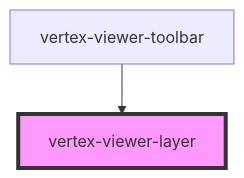
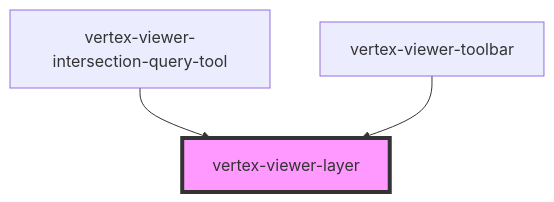
Before and after one commit to Vertexvis/vertex-web-sdk: the diagram in packages/viewer/src/components/viewer-layer/readme.md, drawn with Mermaid. The commit also changed other lines of this file and 2 other files, not shown here.

````diff
--- a/packages/viewer/src/components/viewer-layer/readme.md
+++ b/packages/viewer/src/components/viewer-layer/readme.md
@@ -48,5 +49,6 @@
 ```mermaid
 graph TD;
+  vertex-viewer-intersection-query-tool --> vertex-viewer-layer
   vertex-viewer-toolbar --> vertex-viewer-layer
   style vertex-viewer-layer fill:#f9f,stroke:#333,stroke-width:4px
 ```
````
